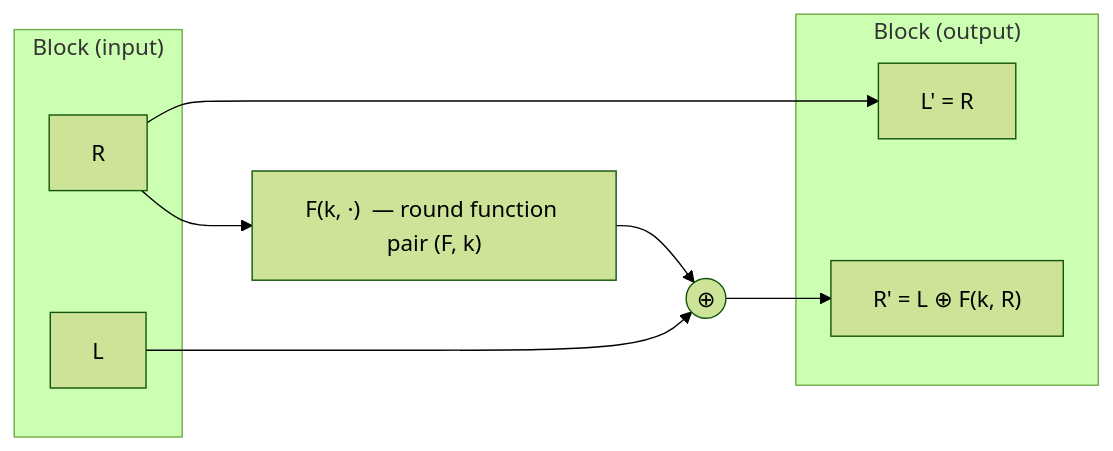
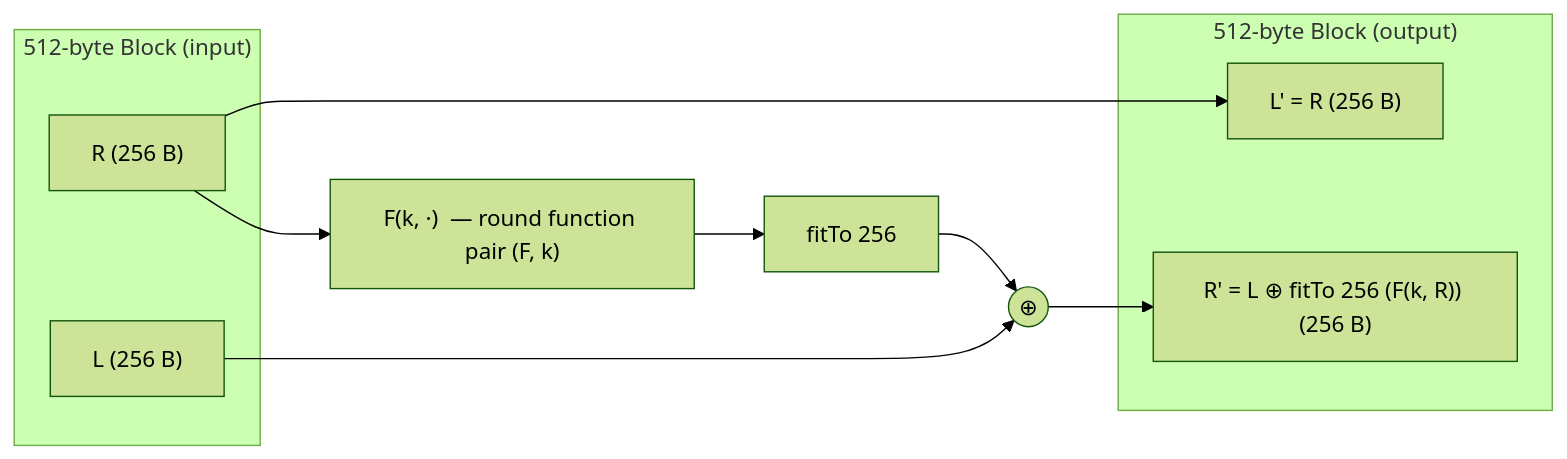
The second of 5 diagrams in docs/cipher-visualization.md (locusf/blackworm), drawn with Mermaid (forest theme) before and after one commit. The commit also changed other lines of this file and 2 other files, not shown here.

Commit message:
Extend block to 512 bytes with 256-byte per-pair halves; update visualization

````diff
--- a/docs/cipher-visualization.md
+++ b/docs/cipher-visualization.md
@@ -45,16 +71,17 @@
 ```mermaid
 flowchart LR
-    subgraph input["Block (input)"]
-        L["L"]
-        R["R"]
+    subgraph input["512-byte Block (input)"]
+        L["L (256 B)"]
+        R["R (256 B)"]
     end
-    subgraph output["Block (output)"]
-        L2["L' = R"]
-        R2["R' = L ⊕ F(k, R)"]
+    subgraph output["512-byte Block (output)"]
+        L2["L' = R (256 B)"]
+        R2["R' = L ⊕ fitTo 256 (F(k, R)) (256 B)"]
     end
     R --> F["F(k, ·)  — round function pair (F, k)"]
-    F --> X(("⊕"))
+    F --> FIT["fitTo 256"]
+    FIT --> X(("⊕"))
     L --> X
     X --> R2
     R --> L2
 ```
````
